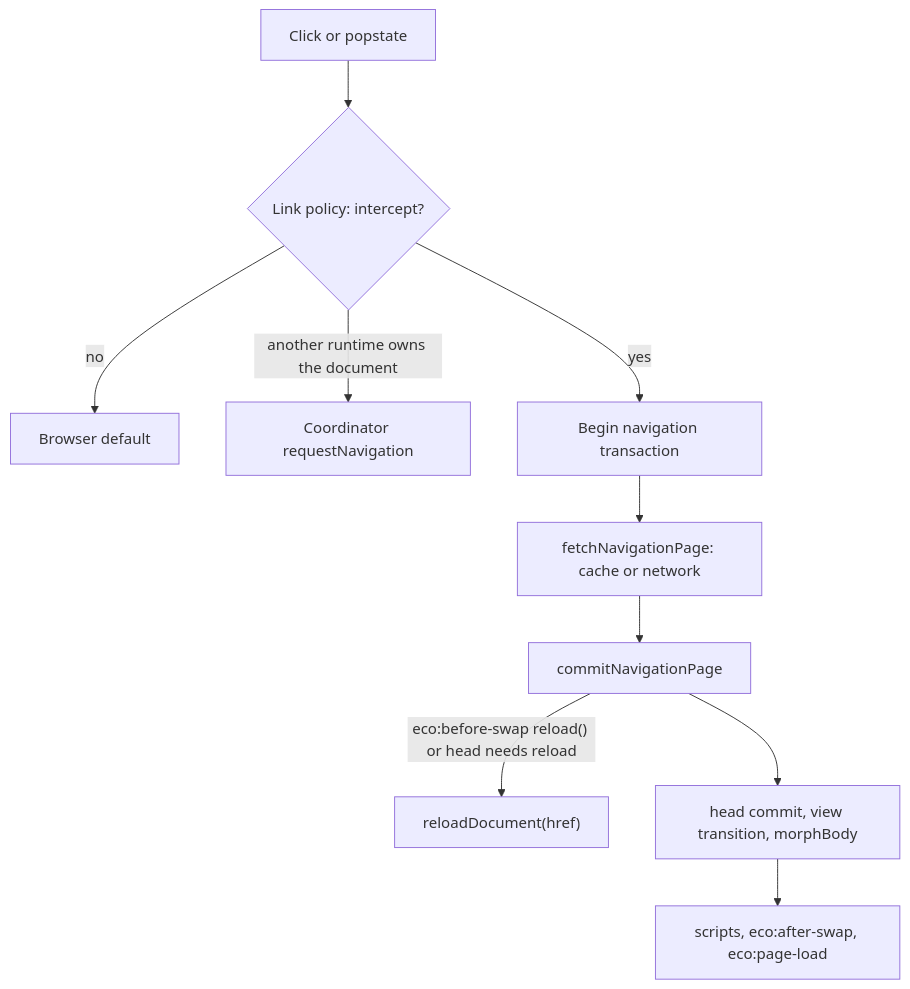
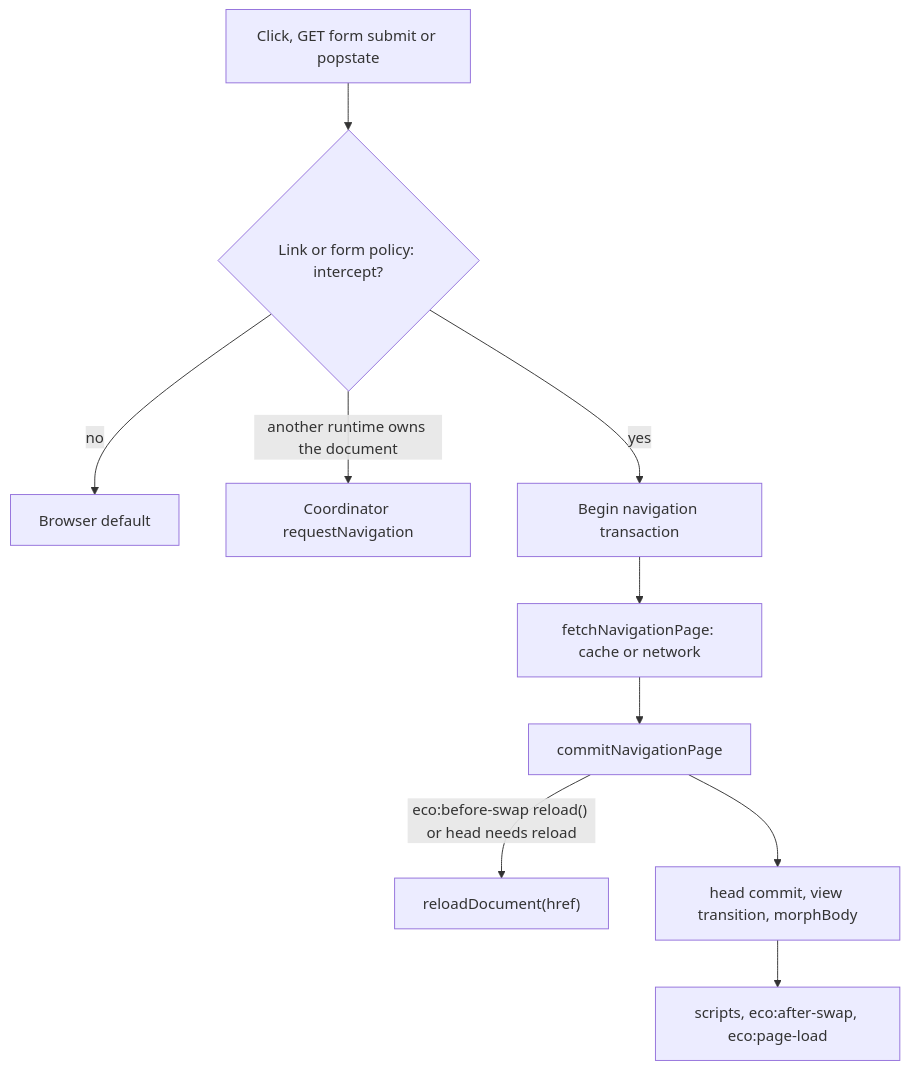
Before and after one commit to ecopages/ecopages: the first of 2 diagrams in apps/docs/src/content/dev/browser-router.mdx, drawn with Mermaid. The commit also changed other lines of this file and 17 other files, not shown here.

First line of the commit message:
feat(browser-router): submit same-origin GET forms as client navigations

````diff
--- a/apps/docs/src/content/dev/browser-router.mdx
+++ b/apps/docs/src/content/dev/browser-router.mdx
@@ -18,12 +18,12 @@
 ```mermaid
 flowchart TD
-  C[Click or popstate] --> P{"Link policy: intercept?"}
+  C["Click, GET form submit or popstate"] --> P{"Link or form policy: intercept?"}
   P -->|no| B[Browser default]
   P -->|"another runtime owns the document"| Q["Coordinator requestNavigation"]
   P -->|yes| T[Begin navigation transaction]
   T --> F["fetchNavigationPage: cache or network"]
   F --> K["commitNavigationPage"]
   K -->|"eco:before-swap reload() or head needs reload"| R["reloadDocument(href)"]
   K --> M["head commit, view transition, morphBody"]
   M --> E["scripts, eco:after-swap, eco:page-load"]
 ```
````
